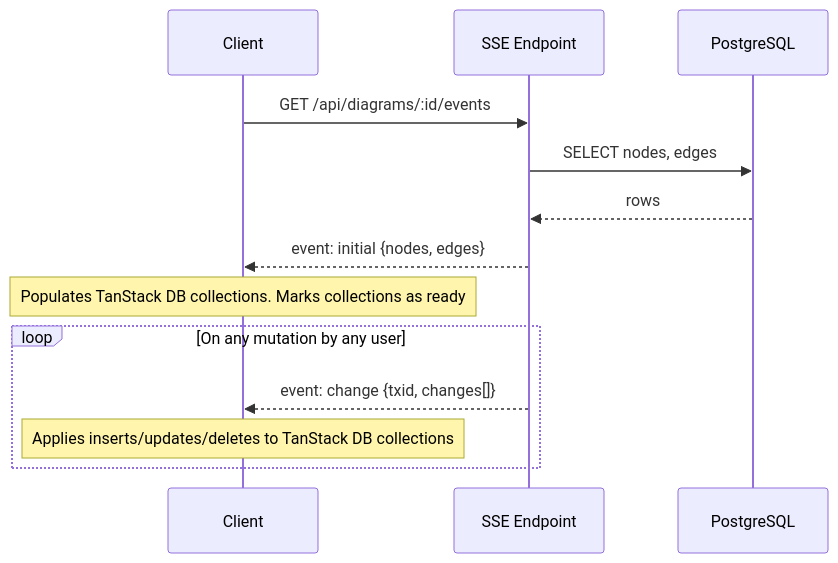
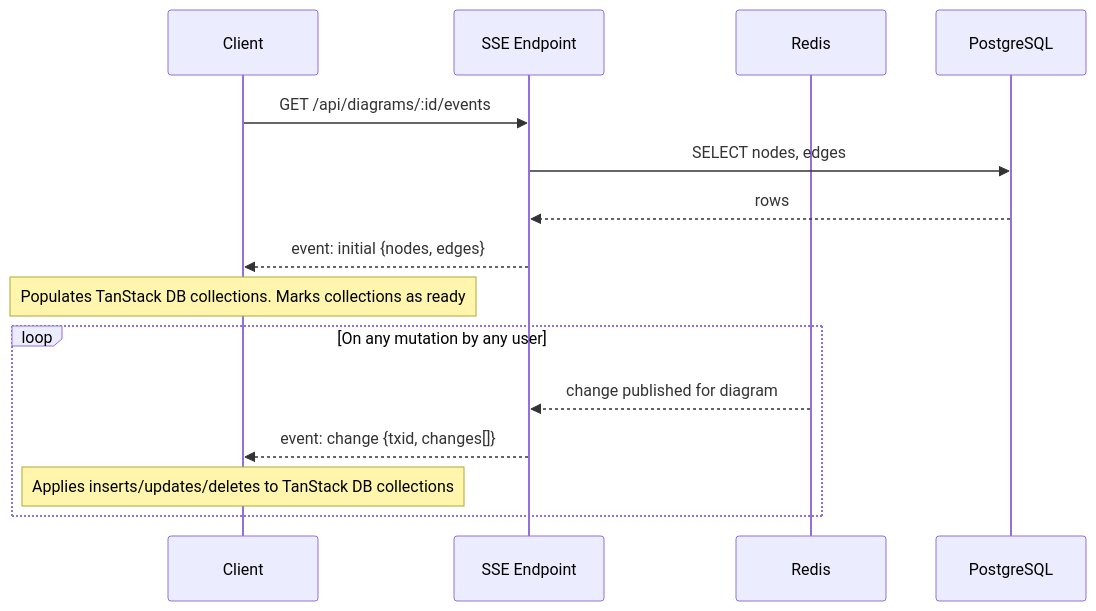
Before and after one commit to sandstone991/react-flow-multiplayer-tanstack-db: the first of 3 diagrams in README.md, drawn with Mermaid. The commit also changed other lines of this file and 11 other files, not shown here.

````diff
--- a/README.md
+++ b/README.md
@@ -90,17 +93,19 @@
 ```mermaid
 sequenceDiagram
     participant Client
     participant SSE as SSE Endpoint
+    participant Redis
     participant DB as PostgreSQL
 
     Client->>SSE: GET /api/diagrams/:id/events
     SSE->>DB: SELECT nodes, edges
     DB-->>SSE: rows
     SSE-->>Client: event: initial {nodes, edges}
     Note over Client: Populates TanStack DB collections. Marks collections as ready
 
     loop On any mutation by any user
+        Redis-->>SSE: change published for diagram
         SSE-->>Client: event: change {txid, changes[]}
         Note over Client: Applies inserts/updates/deletes to TanStack DB collections
     end
 ```
````
